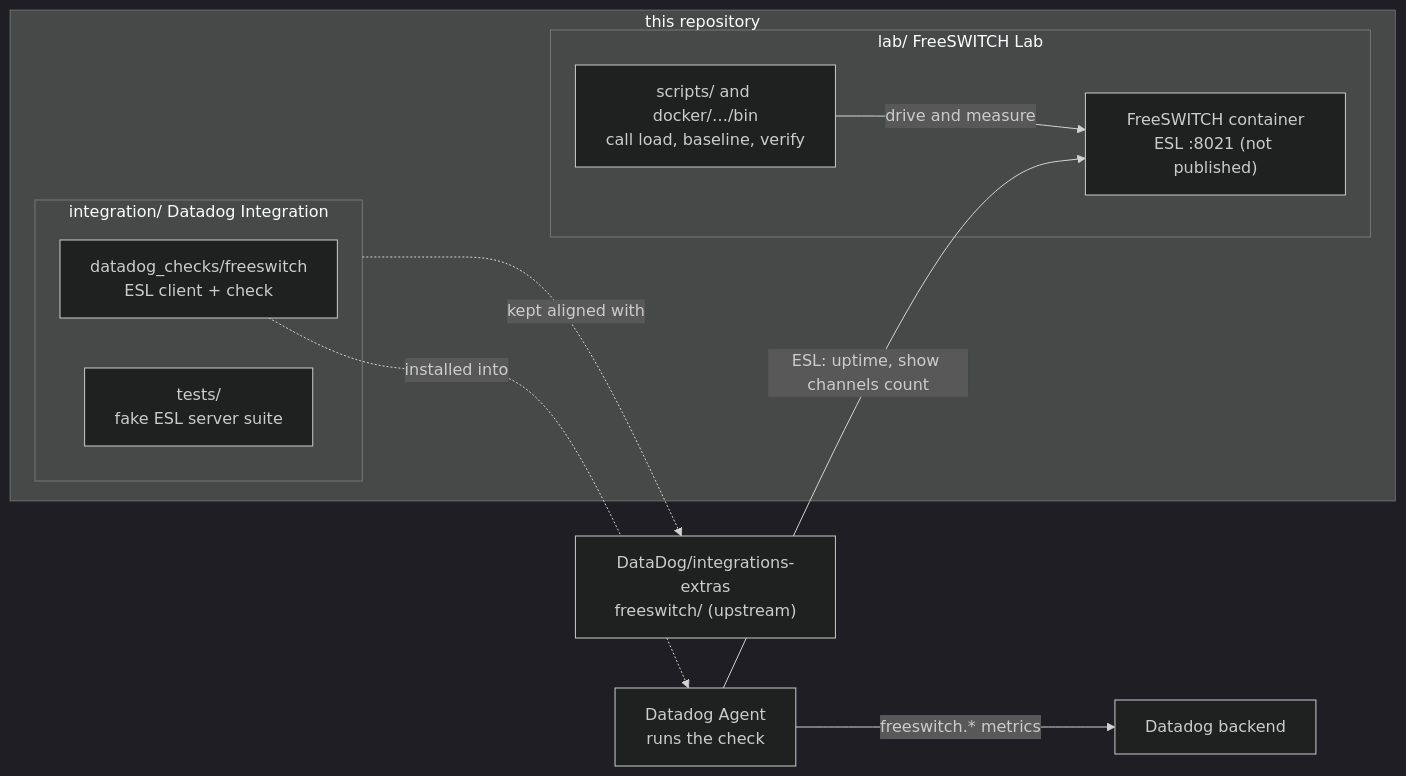
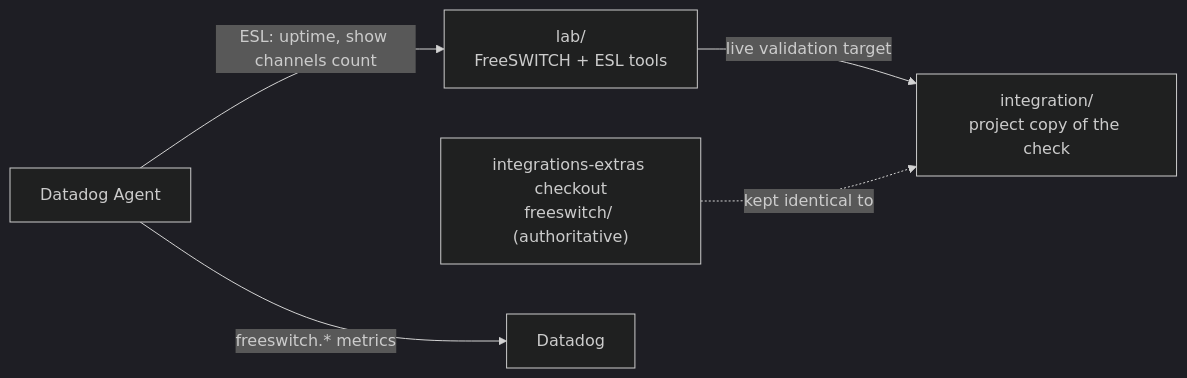
The diagram in README.md (shivamsancc/datadog-freeswitch), drawn with Mermaid (dark theme) before and after one commit. The commit also changed other lines of this file and 6 other files, not shown here.

````diff
--- a/README.md
+++ b/README.md
@@ -16,22 +25,12 @@
 ```mermaid
 flowchart LR
-    subgraph REPO["this repository"]
-        subgraph LAB["lab/  FreeSWITCH Lab"]
-            FS["FreeSWITCH container<br/>ESL :8021 (not published)"]
-            TOOLS["scripts/ and docker/…/bin<br/>call load, baseline, verify"]
-        end
-        subgraph INT["integration/  Datadog Integration"]
-            CHECK["datadog_checks/freeswitch<br/>ESL client + check"]
-            TESTS["tests/<br/>fake ESL server suite"]
-        end
-    end
-    AGENT["Datadog Agent<br/>runs the check"]
-    DD["Datadog backend"]
-    UP["DataDog/integrations-extras<br/>freeswitch/ (upstream)"]
-
-    TOOLS -- "drive and measure" --> FS
-    AGENT -- "ESL: uptime, show channels count" --> FS
-    CHECK -. "installed into" .-> AGENT
+    LAB["lab/<br/>FreeSWITCH + ESL tools"]
+    INT["integration/<br/>project copy of the check"]
+    UP["integrations-extras checkout<br/>freeswitch/ (authoritative)"]
+    AGENT["Datadog Agent"]
+    DD["Datadog"]
+    LAB -- "live validation target" --> INT
+    UP -. "kept identical to" .-> INT
+    AGENT -- "ESL: uptime, show channels count" --> LAB
     AGENT -- "freeswitch.* metrics" --> DD
-    INT -. "kept aligned with" .-> UP
 ```
````
